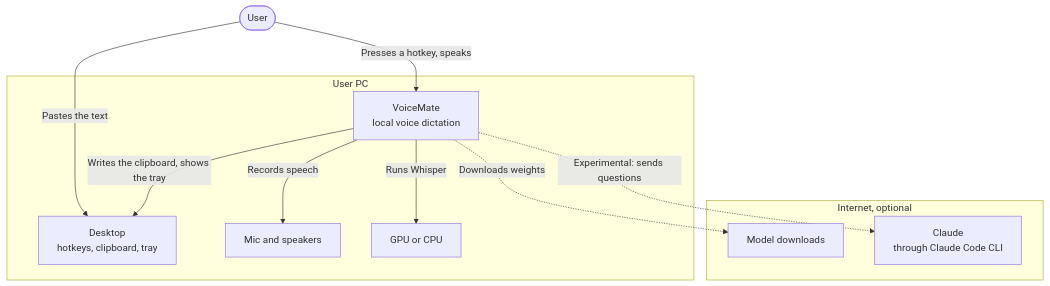
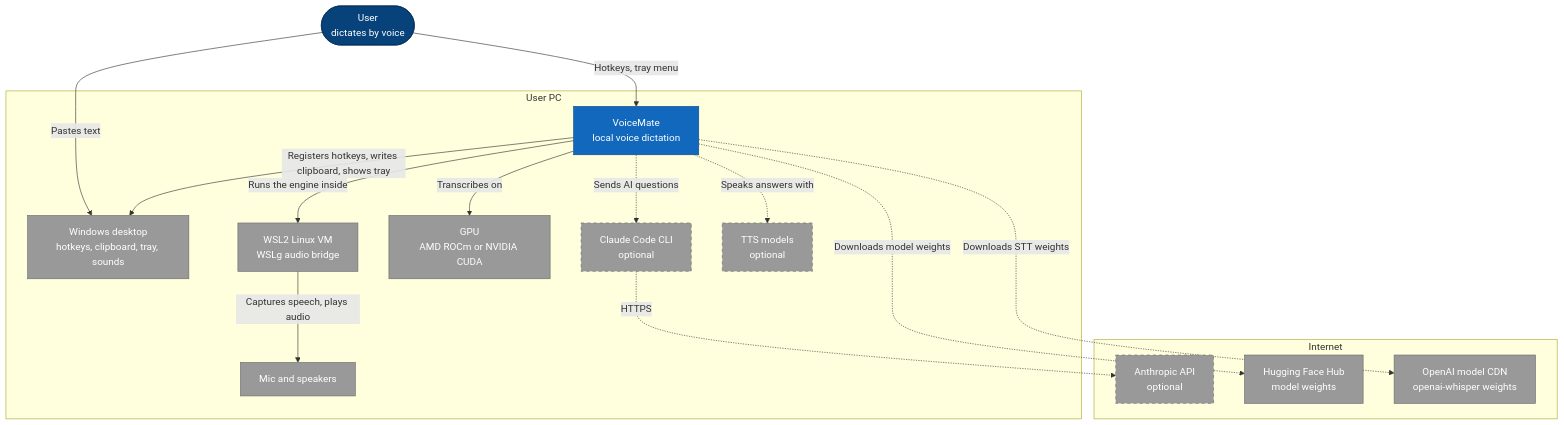
The first of 5 diagrams in README.md (nano-br/voice-mate), drawn with Mermaid before and after one commit. The commit also changed other lines of this file and 1 other file, not shown here.

First line of the commit message:
docs(readme): make the quick start work end to end and keep the diagrams in sync

````diff
--- a/README.md
+++ b/README.md
@@ -155,21 +146,41 @@
 ```mermaid
 flowchart TB
-    user(["User"])
+    user(["User<br/>dictates by voice"])
+
     subgraph pc["User PC"]
         vm["VoiceMate<br/>local voice dictation"]
-        desk["Desktop<br/>hotkeys, clipboard, tray"]
+        win["Windows desktop<br/>hotkeys, clipboard, tray, sounds"]
+        wsl["WSL2 Linux VM<br/>WSLg audio bridge"]
+        gpu["GPU<br/>AMD ROCm or NVIDIA CUDA"]
         audio["Mic and speakers"]
-        gpu["GPU or CPU"]
+        cli["Claude Code CLI<br/>optional"]
+        tts["TTS models<br/>optional"]
     end
-    subgraph net["Internet, optional"]
-        hub["Model downloads"]
-        claude["Claude<br/>through Claude Code CLI"]
+
+    subgraph net["Internet"]
+        api["Anthropic API<br/>optional"]
+        hf["Hugging Face Hub<br/>model weights"]
+        cdn["OpenAI model CDN<br/>openai-whisper weights"]
     end
-    user -->|"Presses a hotkey, speaks"| vm
-    user -->|"Pastes the text"| desk
-    vm -->|"Writes the clipboard, shows the tray"| desk
-    vm -->|"Records speech"| audio
-    vm -->|"Runs Whisper"| gpu
-    vm -.->|"Downloads weights"| hub
-    vm -.->|"Experimental: sends questions"| claude
+
+    user -->|"Hotkeys, tray menu"| vm
+    user -->|"Pastes text"| win
+    vm -->|"Registers hotkeys, writes clipboard, shows tray"| win
+    vm -->|"Runs the engine inside"| wsl
+    wsl -->|"Captures speech, plays audio"| audio
+    vm -->|"Transcribes on"| gpu
+    vm -.->|"Sends AI questions"| cli
+    cli -.->|"HTTPS"| api
+    vm -.->|"Speaks answers with"| tts
+    vm -.->|"Downloads model weights"| hf
+    vm -.->|"Downloads STT weights"| cdn
+
+    classDef person fill:#08427b,stroke:#052e56,color:#ffffff
+    classDef system fill:#1168bd,stroke:#0b4884,color:#ffffff
+    classDef external fill:#999999,stroke:#6b6b6b,color:#ffffff
+    classDef optional fill:#999999,stroke:#6b6b6b,color:#ffffff,stroke-dasharray:5 5
+    class user person
+    class vm system
+    class win,wsl,gpu,audio,hf,cdn external
+    class cli,tts,api optional
 ```
````
